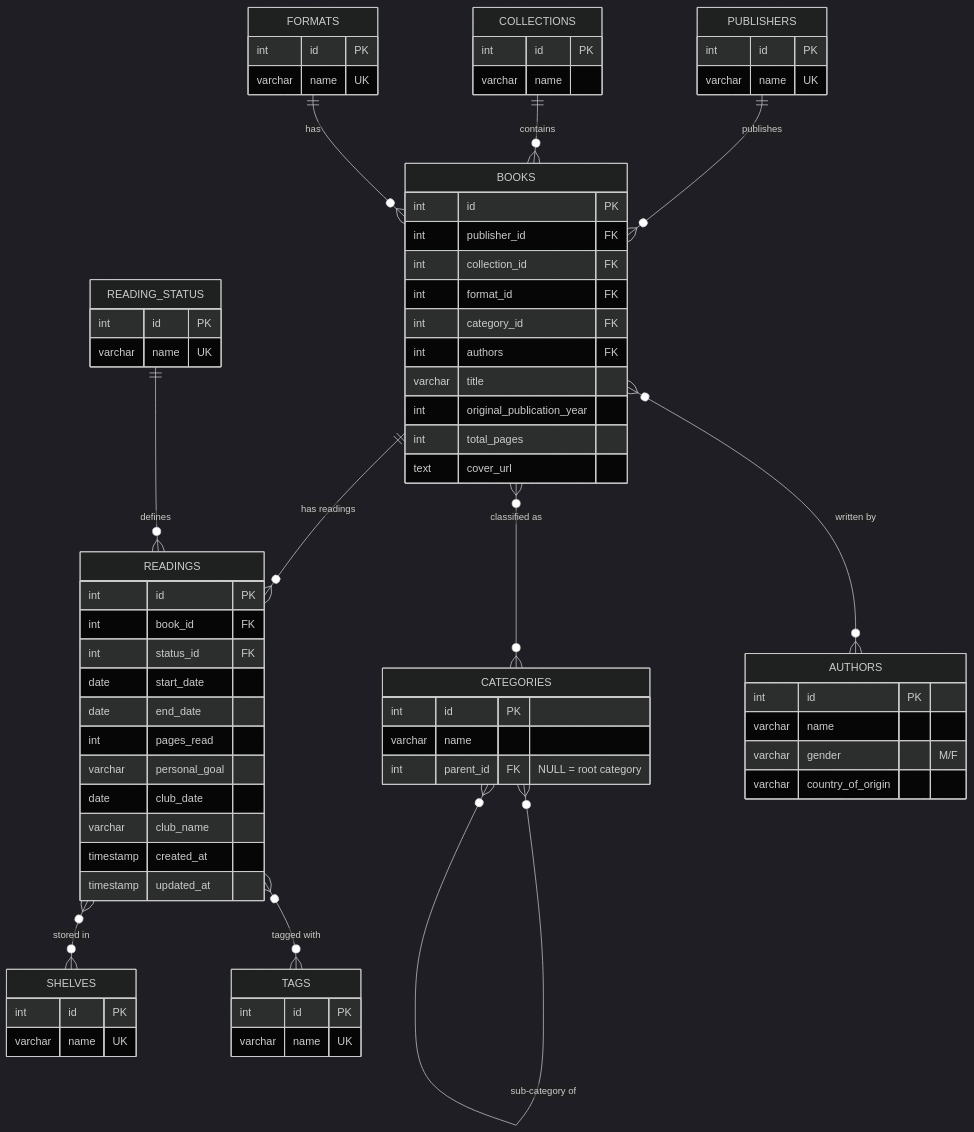
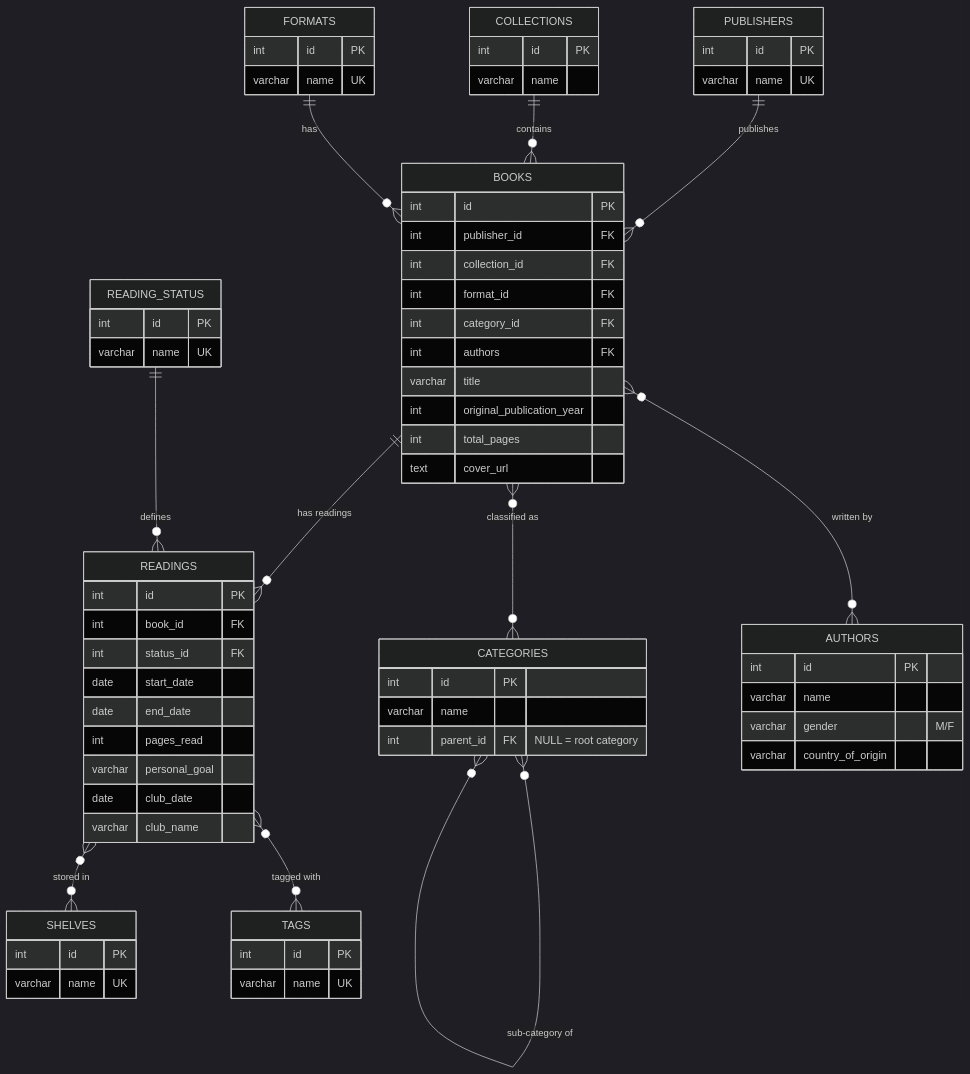
One commit to rafaelladuarte/booktrack-fastapi changed the diagram in README.md. Above: the diagram before and after it, drawn with Mermaid (dark theme). The commit also changed other lines of this file and 21 other files, not shown here.

```diff
--- a/README.md
+++ b/README.md
@@ -108,8 +108,6 @@
         varchar personal_goal
         date club_date
         varchar club_name
-        timestamp created_at
-        timestamp updated_at
     }
 
     %% ========== RELATIONSHIPS ==========
```
